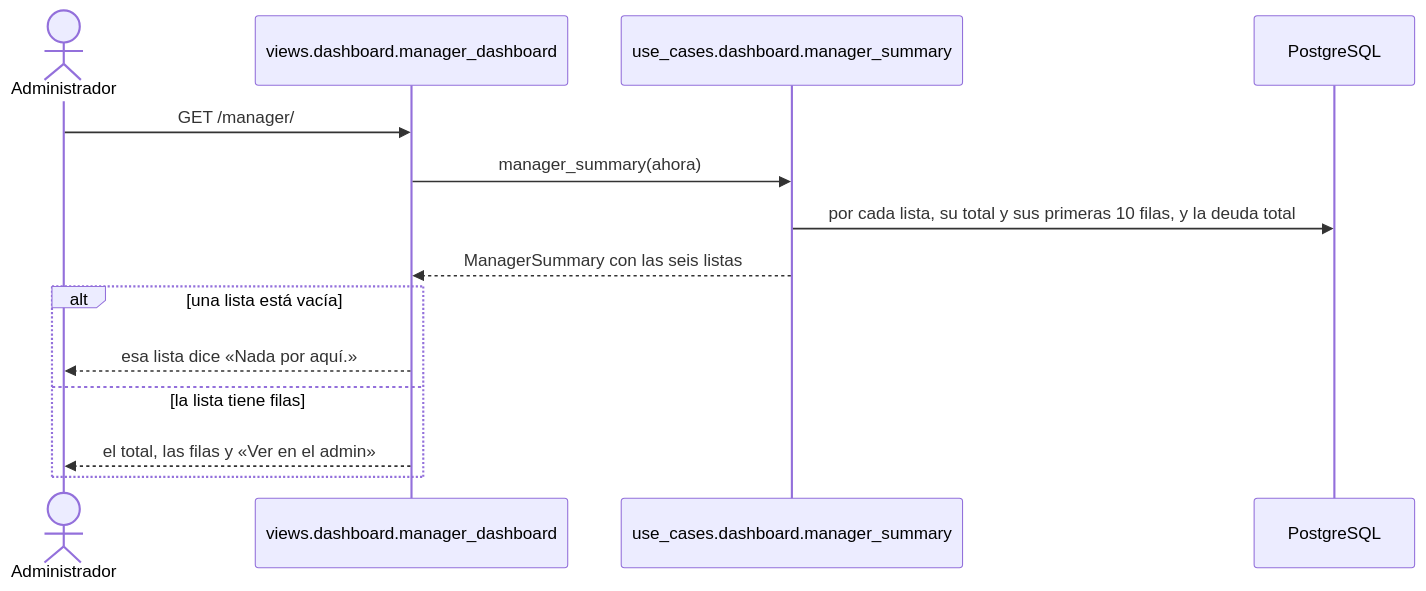
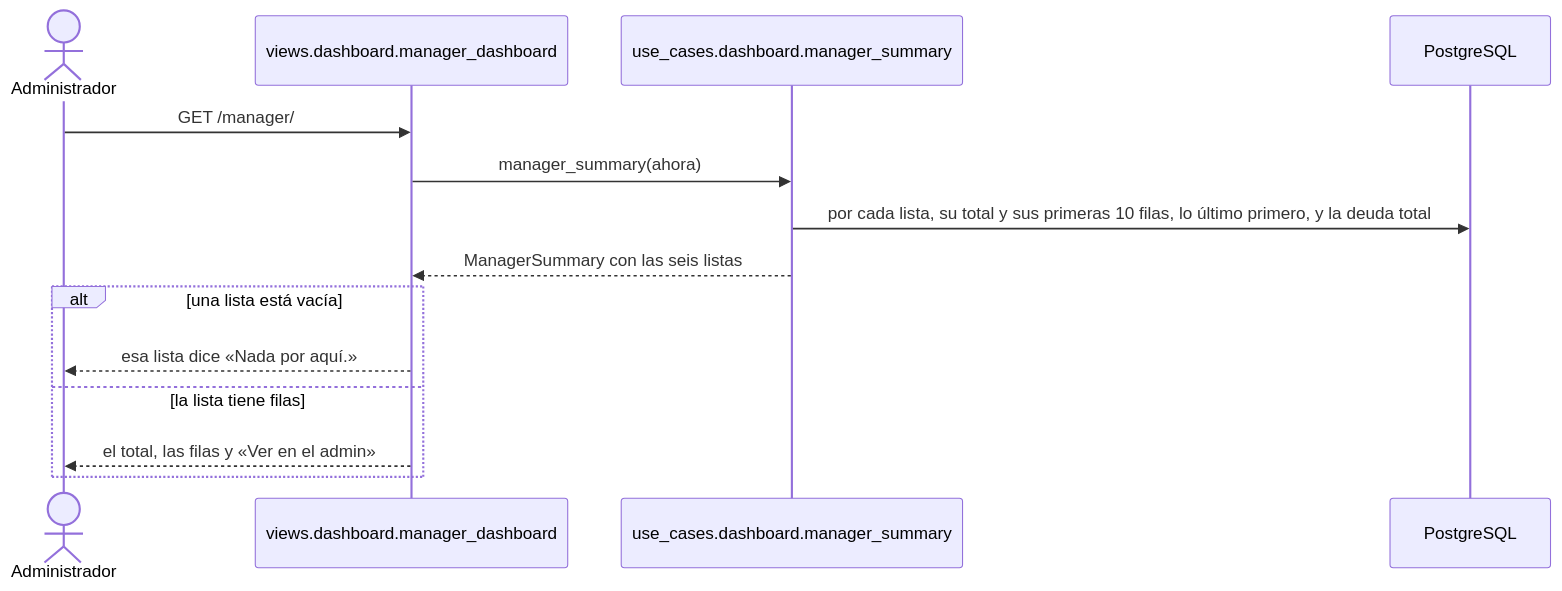
One commit to peterteranb/astra-rent-system changed diagram 30 of 38 in docs/casos-de-uso.md. Above: the diagram before and after it, drawn with Mermaid. The commit also changed other lines of this file and 6 other files, not shown here.

Commit message:
docs: client feedback, account use case and activity diagrams

````diff
--- a/docs/casos-de-uso.md
+++ b/docs/casos-de-uso.md
@@ -755,16 +1002,16 @@
 ```mermaid
 sequenceDiagram
     actor A as Administrador
     participant V as views.dashboard.manager_dashboard
     participant U as use_cases.dashboard.manager_summary
     participant BD as PostgreSQL
     A->>V: GET /manager/
     V->>U: manager_summary(ahora)
-    U->>BD: por cada lista, su total y sus primeras 10 filas, y la deuda total
+    U->>BD: por cada lista, su total y sus primeras 10 filas, lo último primero, y la deuda total
     U-->>V: ManagerSummary con las seis listas
     alt una lista está vacía
         V-->>A: esa lista dice «Nada por aquí.»
     else la lista tiene filas
         V-->>A: el total, las filas y «Ver en el admin»
     end
 ```
````
